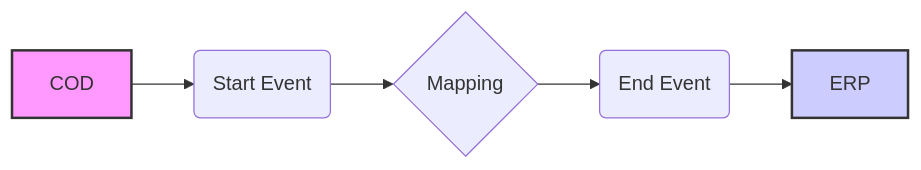
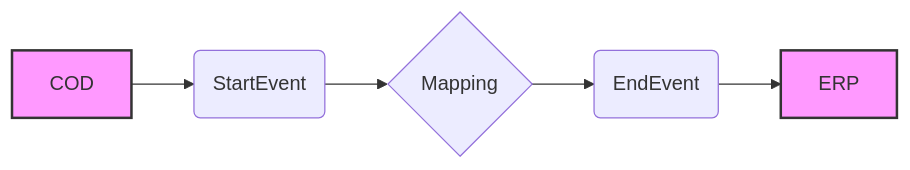
The diagram in MMZ - Cell Iflows/Check_Connectivity_to_SAP_Business_Suite_MMZ-1.0.4/readme.md (Avvale-IA-CICD/AvvaleCPI), drawn with Mermaid before and after one commit. The commit also changed other lines of this file, not shown here.

````diff
--- a/MMZ - Cell Iflows/Check_Connectivity_to_SAP_Business_Suite_MMZ-1.0.4/readme.md
+++ b/MMZ - Cell Iflows/Check_Connectivity_to_SAP_Business_Suite_MMZ-1.0.4/readme.md
@@ -4,9 +4,9 @@
 ```mermaid
 graph LR
-    A[COD] --> B(Start Event)
+    A[COD] --> B(StartEvent)
     B --> C{Mapping}
-    C --> D(End Event)
+    C --> D(EndEvent)
     D --> E[ERP]
     style A fill:#f9f,stroke:#333,stroke-width:2px
-    style E fill:#ccf,stroke:#333,stroke-width:2px
+    style E fill:#f9f,stroke:#333,stroke-width:2px
 ```
````
